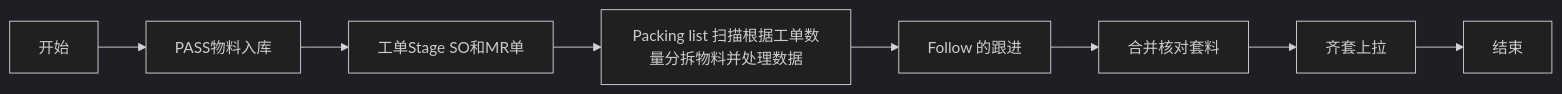
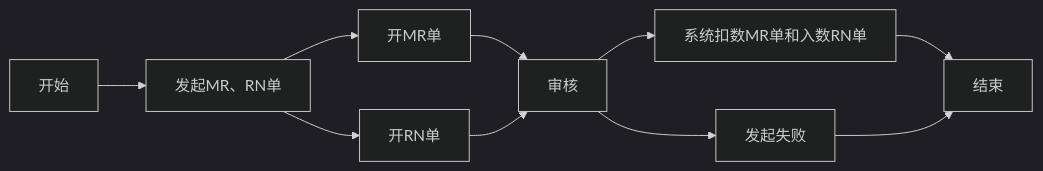
Before and after one commit to dlelyw/VTX_6501: the fourth of 5 diagrams in README_ZH.md, drawn with Mermaid (dark theme). The commit also changed other lines of this file and 2 other files, not shown here.

````diff
--- a/README_ZH.md
+++ b/README_ZH.md
@@ -288,10 +310,12 @@
 ```mermaid
 graph LR
-    A[开始] --> B[PASS物料入库]
-    B --> C[工单Stage SO和MR单]
-    C --> D[Packing list 扫描根据工单数量分拆物料并处理数据]
-    D --> E[Follow 的跟进]
-    E --> F[合并核对套料]
-    F --> G[齐套上拉]
+    A[开始] --> B[发起MR、RN单]
+    B --> C[开MR单]
+    B --> D[开RN单]
+    C --> E[审核]
+    D --> E[审核]
+    E --> F[系统扣数MR单和入数RN单]
+    E --> G[发起失败]
+    F --> H[结束]
     G --> H[结束]
 ```
````
